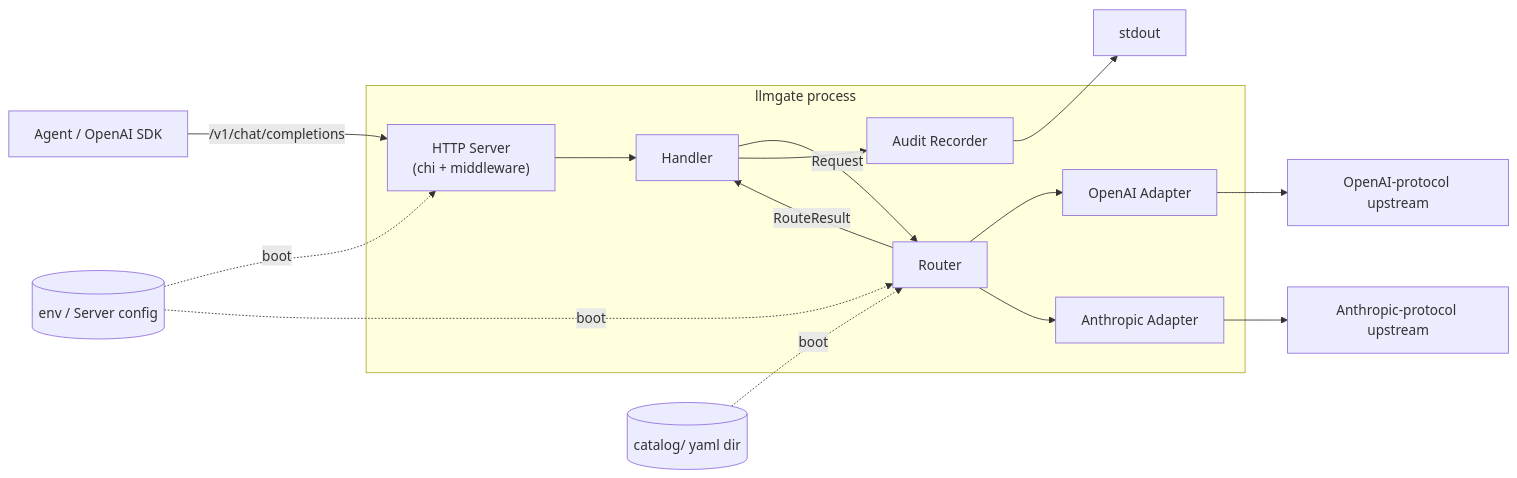
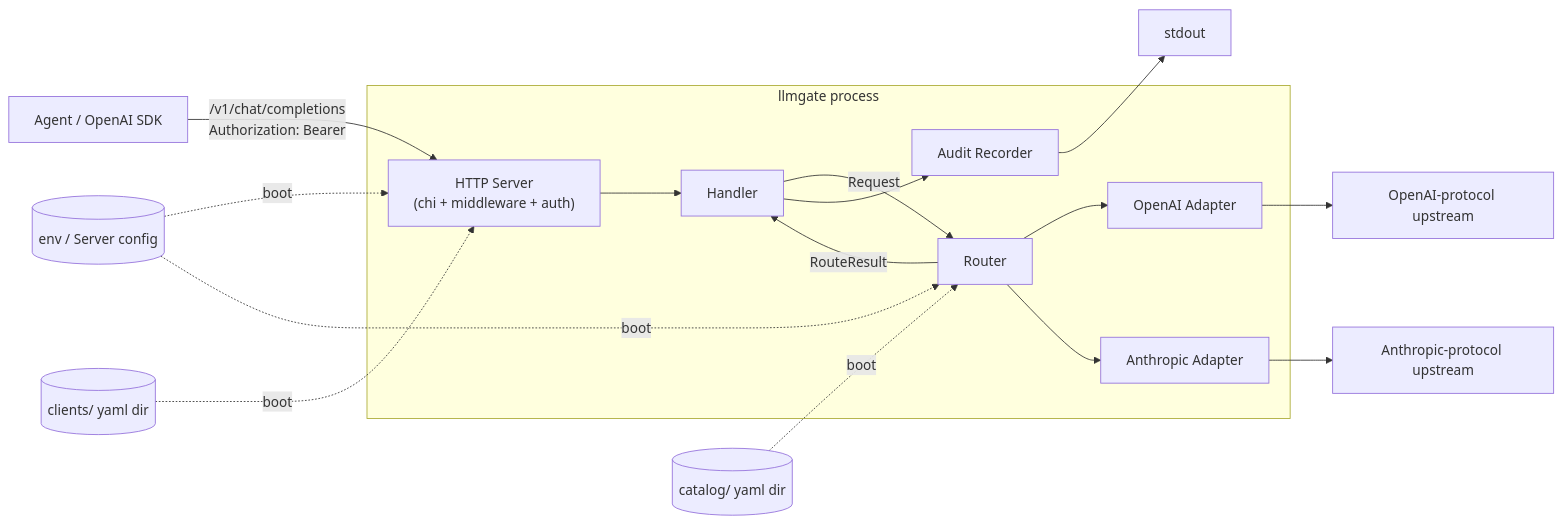
Before and after one commit to cagojeiger/llmgate: the first of 2 diagrams in docs/architecture.md, drawn with Mermaid. The commit also changed other lines of this file and 2 other files, not shown here.

Commit message:
Document client auth flow in README, architecture, and compose mount

````diff
--- a/docs/architecture.md
+++ b/docs/architecture.md
@@ -29,34 +33,36 @@
 ```mermaid
 graph LR
     Agent[Agent / OpenAI SDK]
 
     subgraph Gateway[llmgate process]
-        Server["HTTP Server<br/>(chi + middleware)"]
+        Server["HTTP Server<br/>(chi + middleware + auth)"]
         Handler[Handler]
         Router[Router]
         OAI[OpenAI Adapter]
         Anth[Anthropic Adapter]
         Audit[Audit Recorder]
     end
 
     Catalog[(catalog/ yaml dir)]
+    Clients[(clients/ yaml dir)]
     Env[(env / Server config)]
     UpOAI[OpenAI-protocol upstream]
     UpAnth[Anthropic-protocol upstream]
     Sink[stdout]
 
-    Agent -->|/v1/chat/completions| Server
+    Agent -->|"/v1/chat/completions<br/>Authorization: Bearer"| Server
     Server --> Handler
     Handler -->|Request| Router
     Router -->|RouteResult| Handler
     Router --> OAI
     Router --> Anth
     OAI --> UpOAI
     Anth --> UpAnth
     Handler --> Audit
     Audit --> Sink
 
     Catalog -.boot.-> Router
+    Clients -.boot.-> Server
     Env -.boot.-> Server
     Env -.boot.-> Router
 ```
````
